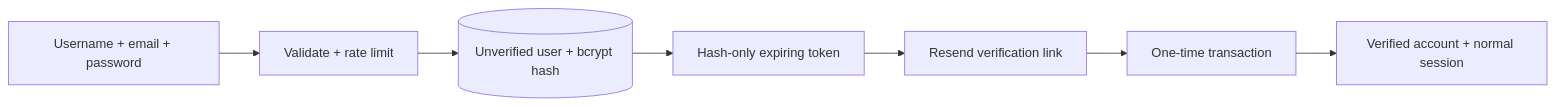
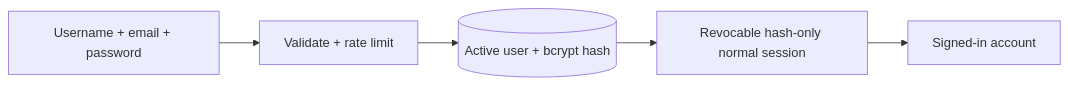
Before and after one commit to ExamCodesOfficial/SMM-UP: the first of 3 diagrams in planner.md, drawn with Mermaid. The commit also changed other lines of this file and 20 other files, not shown here.

````diff
--- a/planner.md
+++ b/planner.md
@@ -180,9 +180,7 @@
 ```mermaid
 flowchart LR
   Form[Username + email + password] --> Validate[Validate + rate limit]
-  Validate --> User[(Unverified user + bcrypt hash)]
-  User --> Token[Hash-only expiring token]
-  Token --> Email[Resend verification link]
-  Email --> Verify[One-time transaction]
-  Verify --> Active[Verified account + normal session]
+  Validate --> User[(Active user + bcrypt hash)]
+  User --> Session[Revocable hash-only normal session]
+  Session --> Active[Signed-in account]
 ```
````
